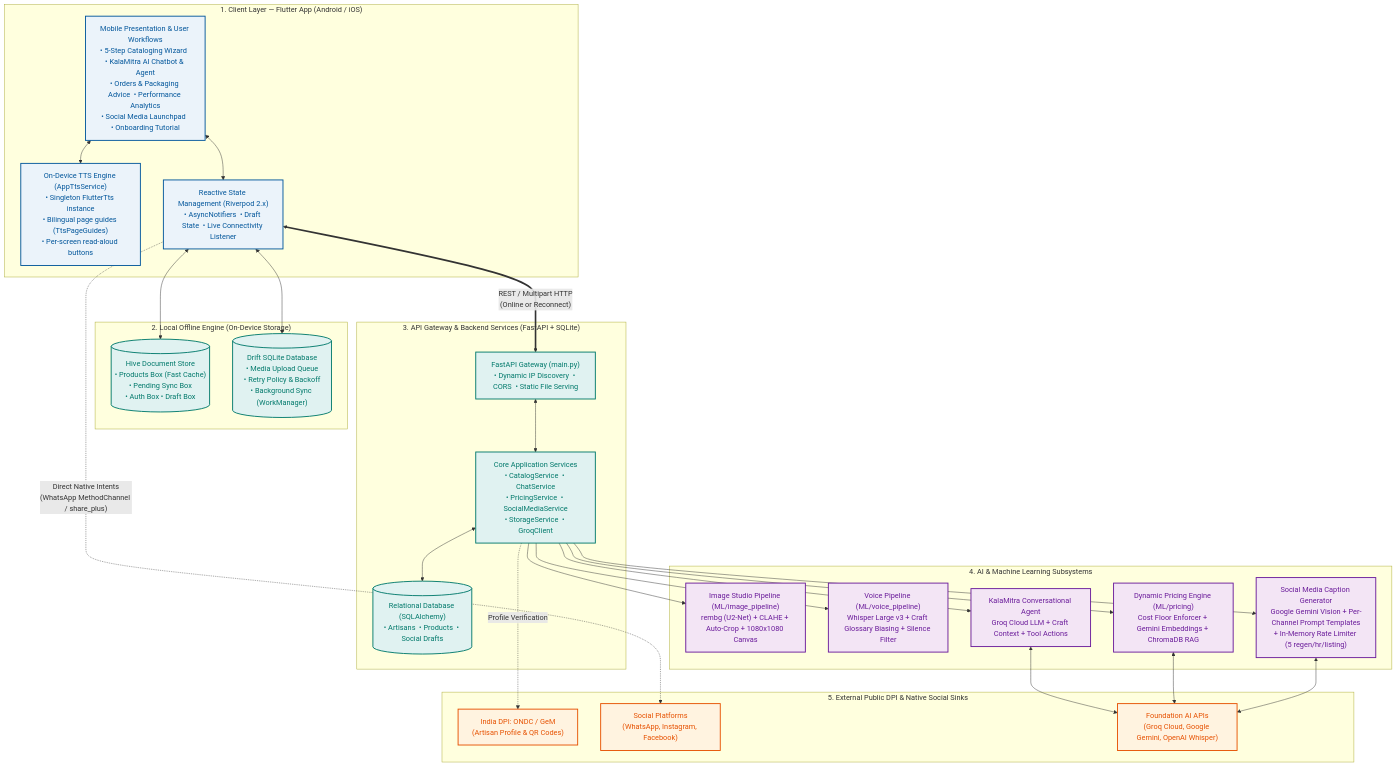
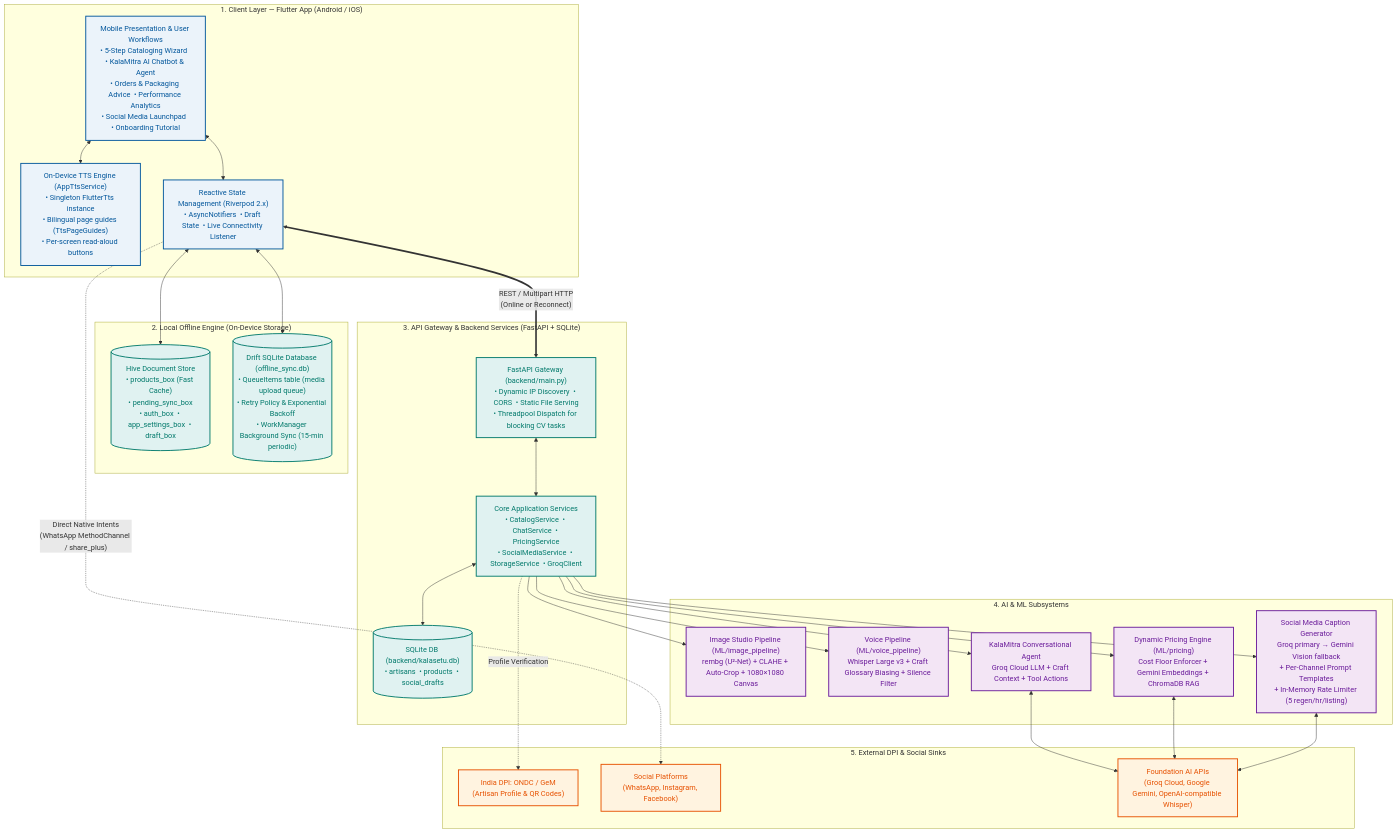
One commit to kan9667/kalasetu changed the first of 10 diagrams in docs/ARCHITECTURE.md. Above: the diagram before and after it, drawn with Mermaid. The commit also changed other lines of this file and 1 other file, not shown here.

First line of the commit message:
docs: consolidate ARCHITECTURE.md as single source of truth

```diff
--- a/docs/ARCHITECTURE.md
+++ b/docs/ARCHITECTURE.md
@@ -31,43 +63,72 @@
     classDef external fill:#FFF3E0,stroke:#E65100,stroke-width:2px,color:#E65100;
 
     subgraph Tier1 ["1. Client Layer — Flutter App (Android / iOS)"]
-        UI["Mobile Presentation & User Workflows\n• 5-Step Cataloging Wizard  • KalaMitra AI Chatbot & Agent\n• Orders & Packaging Advice  • Performance Analytics\n• Social Media Launchpad  • Onboarding Tutorial"]
-        TTS["On-Device TTS Engine (AppTtsService)\n• Singleton FlutterTts instance\n• Bilingual page guides (TtsPageGuides)\n• Per-screen read-aloud buttons"]
-        State["Reactive State Management (Riverpod 2.x)\n• AsyncNotifiers  • Draft State  • Live Connectivity Listener"]
+        UI["Mobile Presentation & User Workflows
+• 5-Step Cataloging Wizard  • KalaMitra AI Chatbot & Agent
+• Orders & Packaging Advice  • Performance Analytics
+• Social Media Launchpad  • Onboarding Tutorial"]
+        TTS["On-Device TTS Engine (AppTtsService)
+• Singleton FlutterTts instance
+• Bilingual page guides (TtsPageGuides)
+• Per-screen read-aloud buttons"]
+        State["Reactive State Management (Riverpod 2.x)
+• AsyncNotifiers  • Draft State  • Live Connectivity Listener"]
         UI <--> State
         UI <--> TTS
     end
 
     subgraph Tier2 ["2. Local Offline Engine (On-Device Storage)"]
-        HiveStore[("Hive Document Store\n• Products Box (Fast Cache)\n• Pending Sync Box\n• Auth Box  • Draft Box")]
-        DriftQueue[("Drift SQLite Database\n• Media Upload Queue\n• Retry Policy & Backoff\n• Background Sync (WorkManager)")]
+        HiveStore[("Hive Document Store
+• products_box (Fast Cache)
+• pending_sync_box
+• auth_box  • app_settings_box  • draft_box")]
+        DriftQueue[("Drift SQLite Database (offline_sync.db)
+• QueueItems table (media upload queue)
+• Retry Policy & Exponential Backoff
+• WorkManager Background Sync (15-min periodic)")]
         State <--> HiveStore
         State <--> DriftQueue
     end
 
     subgraph Tier3 ["3. API Gateway & Backend Services (FastAPI + SQLite)"]
-        Gateway["FastAPI Gateway (main.py)\n• Dynamic IP Discovery  • CORS  • Static File Serving"]
-        DB[("Relational Database (SQLAlchemy)\n• Artisans  • Products  • Social Drafts")]
-        Services["Core Application Services\n• CatalogService  • ChatService\n• PricingService  • SocialMediaService\n• StorageService  • GroqClient"]
+        Gateway["FastAPI Gateway (backend/main.py)
+• Dynamic IP Discovery  • CORS  • Static File Serving
+• Threadpool Dispatch for blocking CV tasks"]
+        DB[("SQLite DB (backend/kalasetu.db)
+• artisans  • products  • social_drafts")]
+        Services["Core Application Services
+• CatalogService  • ChatService  • PricingService
+• SocialMediaService  • StorageService  • GroqClient"]
         Gateway <--> Services
         Services <--> DB
     end
 
-    subgraph Tier4 ["4. AI & Machine Learning Subsystems"]
-        CV["Image Studio Pipeline (ML/image_pipeline)\nrembg (U2-Net) + CLAHE + Auto-Crop + 1080x1080 Canvas"]
-        ASR["Voice Pipeline (ML/voice_pipeline)\nWhisper Large v3 + Craft Glossary Biasing + Silence Filter"]
-        Pricing["Dynamic Pricing Engine (ML/pricing)\nCost Floor Enforcer + Gemini Embeddings + ChromaDB RAG"]
-        KalaMitra["KalaMitra Conversational Agent\nGroq Cloud LLM + Craft Context + Tool Actions"]
-        SocialAI["Social Media Caption Generator\nGoogle Gemini Vision + Per-Channel Prompt Templates\n+ In-Memory Rate Limiter (5 regen/hr/listing)"]
+    subgraph Tier4 ["4. AI & ML Subsystems"]
+        CV["Image Studio Pipeline (ML/image_pipeline)
+rembg (U²-Net) + CLAHE + Auto-Crop + 1080×1080 Canvas"]
+        ASR["Voice Pipeline (ML/voice_pipeline)
+Whisper Large v3 + Craft Glossary Biasing + Silence Filter"]
+        Pricing["Dynamic Pricing Engine (ML/pricing)
+Cost Floor Enforcer + Gemini Embeddings + ChromaDB RAG"]
+        KalaMitra["KalaMitra Conversational Agent
+Groq Cloud LLM + Craft Context + Tool Actions"]
+        SocialAI["Social Media Caption Generator
+Groq primary → Gemini Vision fallback
++ Per-Channel Prompt Templates
++ In-Memory Rate Limiter (5 regen/hr/listing)"]
     end
 
-    subgraph Tier5 ["5. External Public DPI & Native Social Sinks"]
-        ONDC["India DPI: ONDC / GeM\n(Artisan Profile & QR Codes)"]
-        Social["Social Platforms\n(WhatsApp, Instagram, Facebook)"]
-        Models["Foundation AI APIs\n(Groq Cloud, Google Gemini, OpenAI Whisper)"]
+    subgraph Tier5 ["5. External DPI & Social Sinks"]
+        ONDC["India DPI: ONDC / GeM
+(Artisan Profile & QR Codes)"]
+        Social["Social Platforms
+(WhatsApp, Instagram, Facebook)"]
+        Models["Foundation AI APIs
+(Groq Cloud, Google Gemini, OpenAI-compatible Whisper)"]
     end
 
-    State <==>|"REST / Multipart HTTP\n(Online or Reconnect)"| Gateway
+    State <==>|"REST / Multipart HTTP
+(Online or Reconnect)"| Gateway
     Services --> CV
     Services --> ASR
     Services --> Pricing
@@ -76,7 +137,8 @@
     KalaMitra <--> Models
     Pricing <--> Models
     SocialAI <--> Models
-    State -.->|"Direct Native Intents\n(WhatsApp MethodChannel / share_plus)"| Social
+    State -.->|"Direct Native Intents
+(WhatsApp MethodChannel / share_plus)"| Social
     Services -.->|"Profile Verification"| ONDC
 
     class UI,State,TTS client;
```
